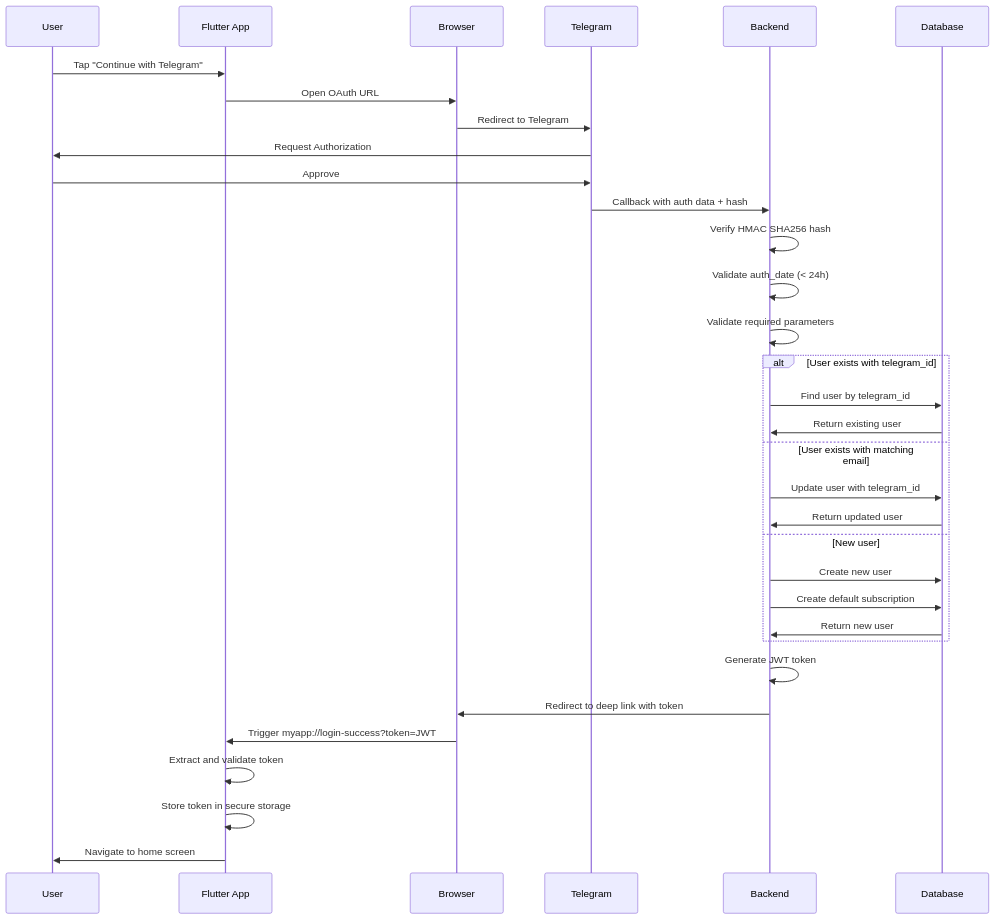
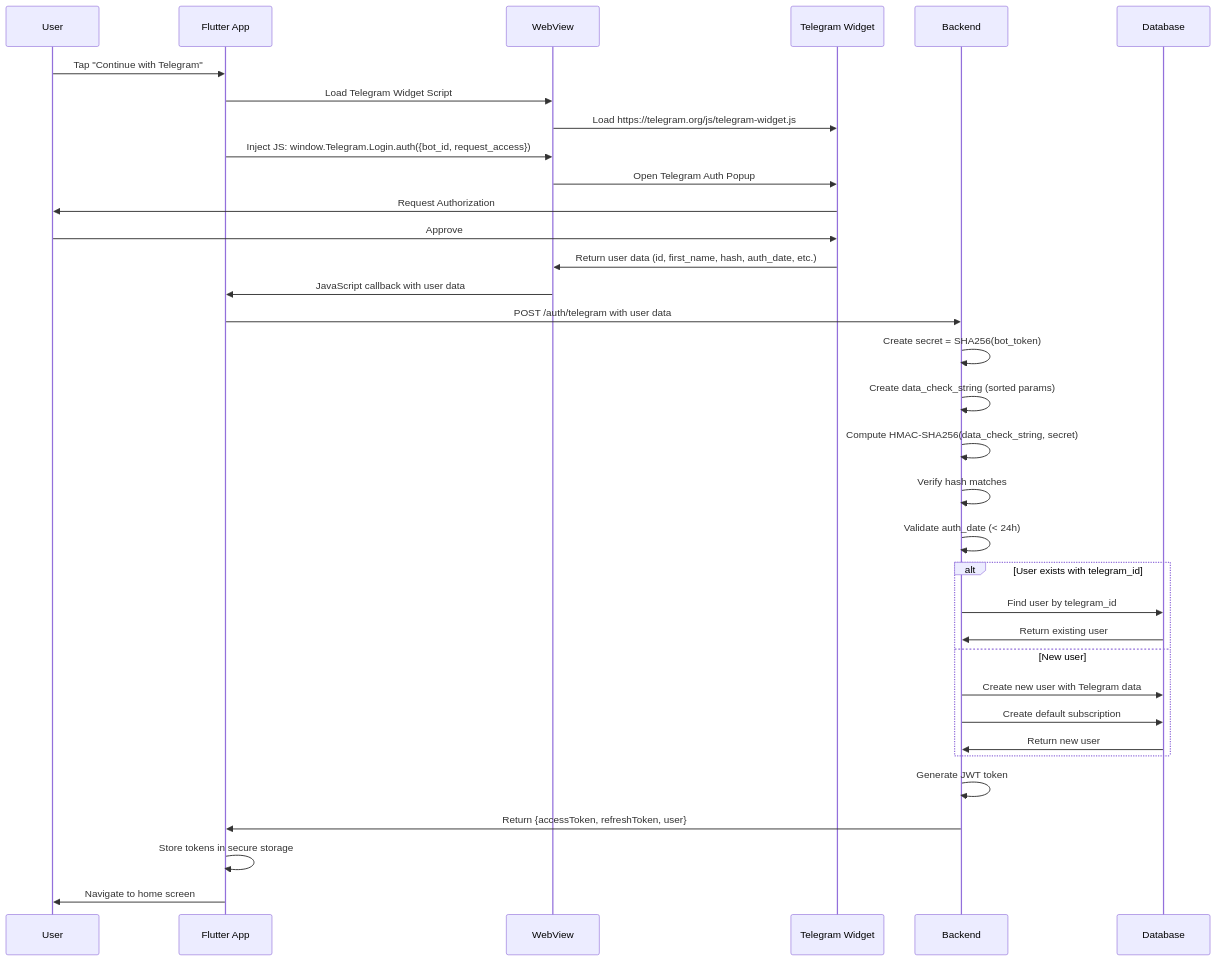
The second of 2 diagrams in .kiro/specs/telegram-authentication/design.md (Choeng-Rayu/das-tern), drawn with Mermaid before and after one commit. The commit also changed other lines of this file and 7 other files, not shown here.

````diff
--- a/.kiro/specs/telegram-authentication/design.md
+++ b/.kiro/specs/telegram-authentication/design.md
@@ -81,39 +69,40 @@
 ```mermaid
 sequenceDiagram
     participant U as User
     participant F as Flutter App
-    participant B as Browser
-    participant T as Telegram
+    participant W as WebView
+    participant T as Telegram Widget
     participant BE as Backend
     participant DB as Database
     
     U->>F: Tap "Continue with Telegram"
-    F->>B: Open OAuth URL
-    B->>T: Redirect to Telegram
+    F->>W: Load Telegram Widget Script
+    W->>T: Load https://telegram.org/js/telegram-widget.js
+    F->>W: Inject JS: window.Telegram.Login.auth({bot_id, request_access})
+    W->>T: Open Telegram Auth Popup
     T->>U: Request Authorization
     U->>T: Approve
-    T->>BE: Callback with auth data + hash
+    T->>W: Return user data (id, first_name, hash, auth_date, etc.)
+    W->>F: JavaScript callback with user data
+    F->>BE: POST /auth/telegram with user data
     
-    BE->>BE: Verify HMAC SHA256 hash
+    BE->>BE: Create secret = SHA256(bot_token)
+    BE->>BE: Create data_check_string (sorted params)
+    BE->>BE: Compute HMAC-SHA256(data_check_string, secret)
+    BE->>BE: Verify hash matches
     BE->>BE: Validate auth_date (< 24h)
-    BE->>BE: Validate required parameters
     
     alt User exists with telegram_id
         BE->>DB: Find user by telegram_id
         DB->>BE: Return existing user
-    else User exists with matching email
-        BE->>DB: Update user with telegram_id
-        DB->>BE: Return updated user
     else New user
-        BE->>DB: Create new user
+        BE->>DB: Create new user with Telegram data
         BE->>DB: Create default subscription
         DB->>BE: Return new user
     end
     
     BE->>BE: Generate JWT token
-    BE->>B: Redirect to deep link with token
-    B->>F: Trigger myapp://login-success?token=JWT
-    F->>F: Extract and validate token
-    F->>F: Store token in secure storage
+    BE->>F: Return {accessToken, refreshToken, user}
+    F->>F: Store tokens in secure storage
     F->>U: Navigate to home screen
 ```
````
